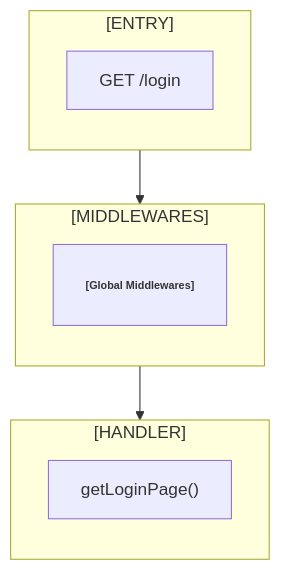
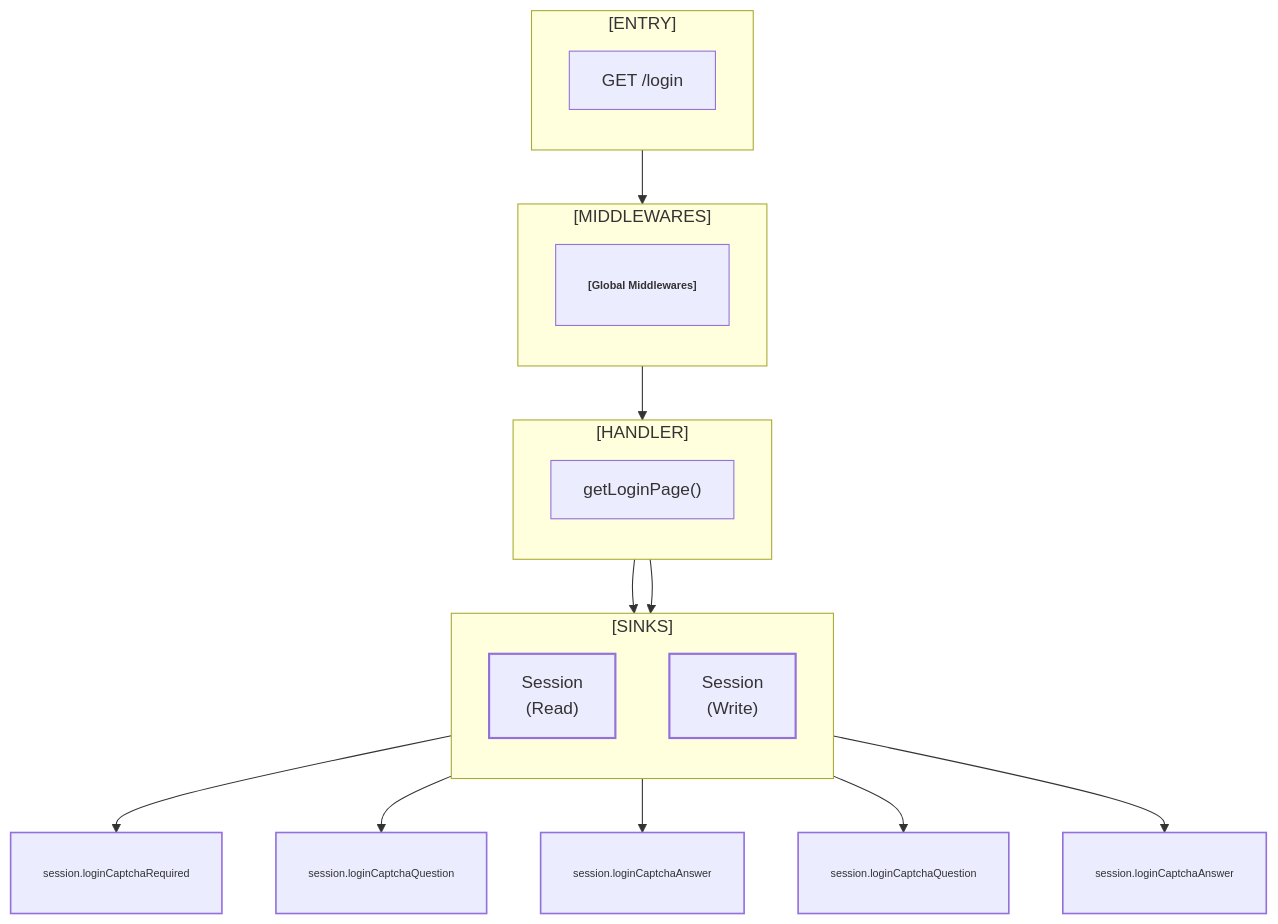
One commit to irondenker/my-code-my-kill changed the diagram in docs/flowmap/flows/GET__login.mmd. Above: the diagram before and after it, drawn with Mermaid. The commit also changed 41 other files, not shown here.

```diff
--- a/docs/flowmap/flows/GET__login.mmd
+++ b/docs/flowmap/flows/GET__login.mmd
@@ -1,20 +1,45 @@
 flowchart TD
 subgraph ENTRY_BLOCK["[ENTRY]"]
 direction TB
 ENTRY["GET /login"]
 end
 subgraph MIDDLEWARES["[MIDDLEWARES]"]
 direction TB
 MIDDLEWARE1["<b>[Global Middlewares]</b>"]
 end
 ENTRY --> MIDDLEWARE1
 subgraph HANDLER_BLOCK["[HANDLER]"]
 direction TB
 HANDLER["getLoginPage()"]
 end
 MIDDLEWARE1 --> HANDLER
+subgraph SINKS["[SINKS]"]
+direction TB
+SINK1["Session<br/>(Read)"]
+SINK2["Session<br/>(Write)"]
+end
+HANDLER --> SINK1
+HANDLER --> SINK2
+SINK_READ_KEY1["session.loginCaptchaRequired"]
+SINK_READ_KEY2["session.loginCaptchaQuestion"]
+SINK_READ_KEY3["session.loginCaptchaAnswer"]
+SINK1 --> SINK_READ_KEY1
+SINK1 --> SINK_READ_KEY2
+SINK1 --> SINK_READ_KEY3
+SINK_WRITE_KEY1["session.loginCaptchaQuestion"]
+SINK_WRITE_KEY2["session.loginCaptchaAnswer"]
+SINK2 --> SINK_WRITE_KEY1
+SINK2 --> SINK_WRITE_KEY2
 classDef middleware font-size:10px,padding:2px,stroke-width:1;
 classDef diagnostics stroke-dasharray: 2 2;
 classDef sink stroke-width:2;
+classDef sessionKey font-size:10px,padding:2px;
+classDef flash stroke-dasharray: 5 3,stroke-width:1.5;
+classDef auth stroke-dasharray: 0,stroke-width:1.5;
+classDef other stroke:#6b7280;
 classDef exit stroke-dasharray: 4 2;
 class MIDDLEWARE1 middleware;
+class SINK1,SINK2 sink;
+class SINK_READ_KEY1,SINK_READ_KEY2,SINK_READ_KEY3 sessionKey;
+class SINK_WRITE_KEY1,SINK_WRITE_KEY2 sessionKey;
+class SINK_READ_KEY1,SINK_READ_KEY2,SINK_READ_KEY3,SINK_WRITE_KEY1,SINK_WRITE_KEY2 auth;
```
